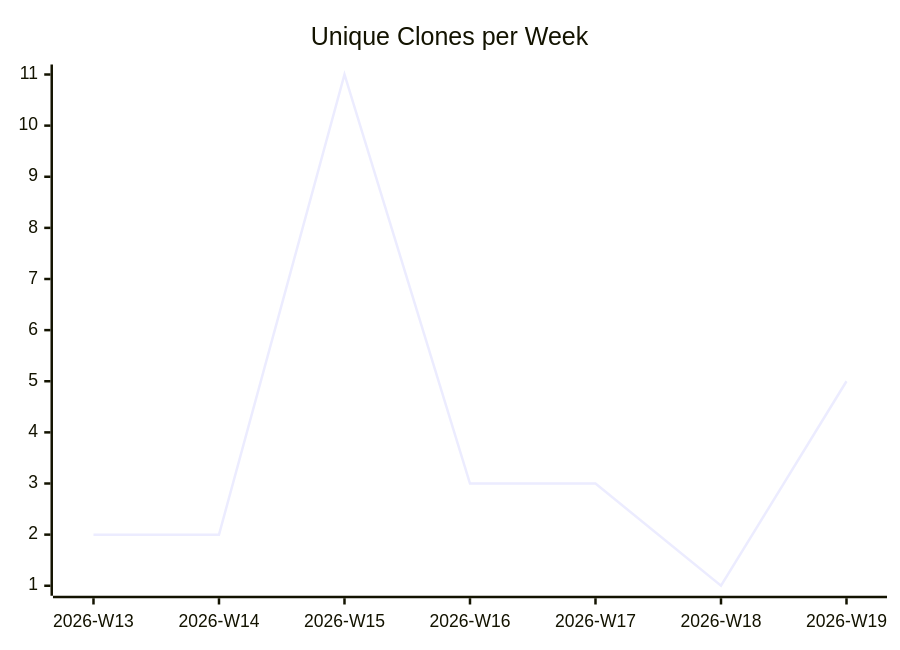
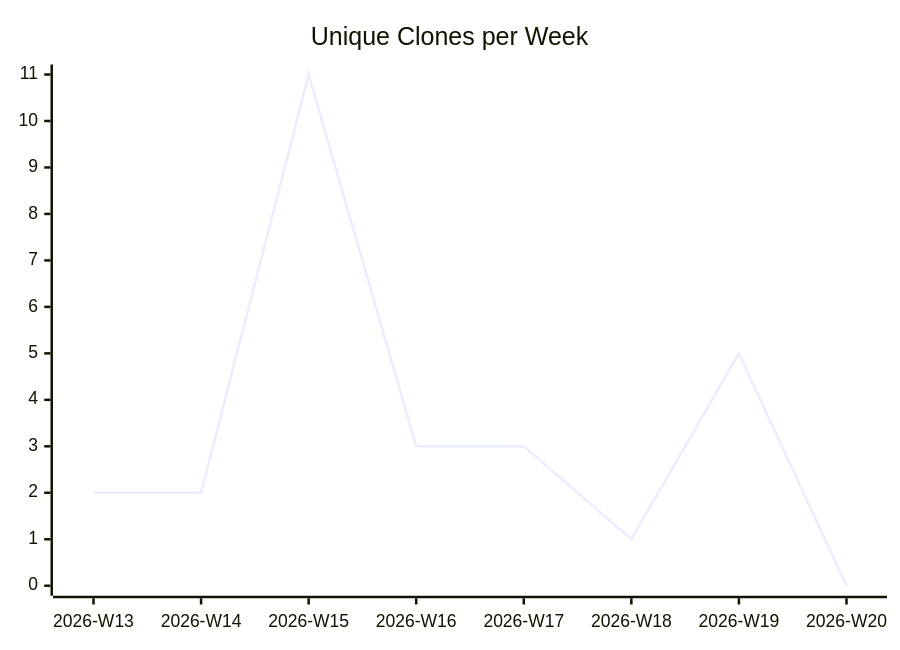
One commit to justdavis-family/github-analytics-data changed the third of 3 diagrams in karlmdavis/jessentials/README.md. Above: the diagram before and after it, drawn with Mermaid. The commit also changed other lines of this file and 176 other files, not shown here.

````diff
--- a/karlmdavis/jessentials/README.md
+++ b/karlmdavis/jessentials/README.md
@@ -19,6 +19,6 @@
 ```mermaid
 xychart-beta
   title "Unique Clones per Week"
-  x-axis ["2026-W13", "2026-W14", "2026-W15", "2026-W16", "2026-W17", "2026-W18", "2026-W19"]
-  line [2, 2, 11, 3, 3, 1, 5]
+  x-axis ["2026-W13", "2026-W14", "2026-W15", "2026-W16", "2026-W17", "2026-W18", "2026-W19", "2026-W20"]
+  line [2, 2, 11, 3, 3, 1, 5, 0]
 ```
````
